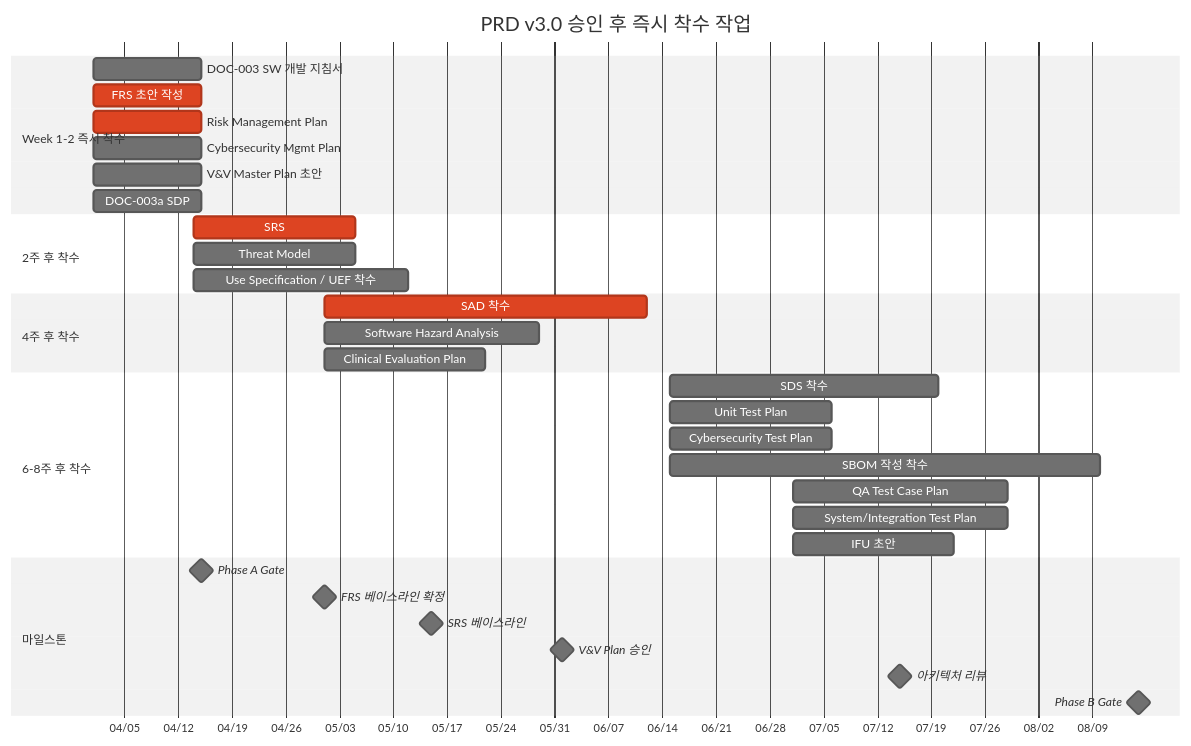
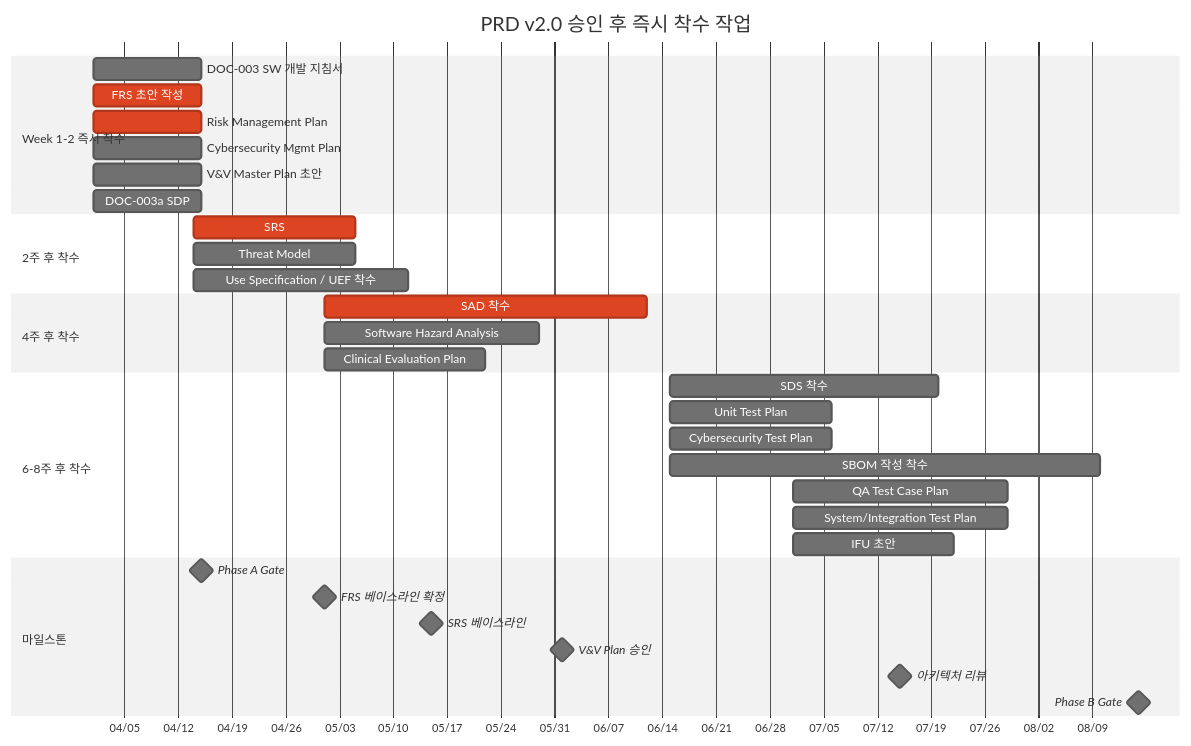
One commit to holee9/console-gui changed the fifth of 9 diagrams in docs/management/DMP-001_DMP_v1.0.md. Above: the diagram before and after it, drawn with Mermaid (neutral theme). The commit also changed other lines of this file and 11 other files, not shown here.

````diff
--- a/docs/management/DMP-001_DMP_v1.0.md
+++ b/docs/management/DMP-001_DMP_v1.0.md
@@ -664,42 +664,42 @@
 ```mermaid
 gantt
-    title PRD v3.0 승인 후 즉시 착수 작업
+    title PRD v2.0 승인 후 즉시 착수 작업
     dateFormat  YYYY-MM-DD
     axisFormat  %m/%d
 
     section Week 1-2 즉시 착수
     DOC-003 SW 개발 지침서             :a1, 2026-04-01, 2w
     FRS 초안 작성            :crit, n1, 2026-04-01, 2w
     Risk Management Plan     :crit, n2, 2026-04-01, 2w
     Cybersecurity Mgmt Plan  :n3, 2026-04-01, 2w
     V&V Master Plan 초안     :n4, 2026-04-01, 2w
     DOC-003a SDP                       :a2, 2026-04-01, 2w
 
     section 2주 후 착수
     SRS       :crit, n5, 2026-04-14, 3w
     Threat Model             :n6, 2026-04-14, 3w
     Use Specification / UEF 착수       :n7, 2026-04-14, 4w
 
     section 4주 후 착수
     SAD 착수                 :crit, n8, 2026-05-01, 6w
     Software Hazard Analysis :n9, 2026-05-01, 4w
     Clinical Evaluation Plan :n10, 2026-05-01, 3w
 
     section 6-8주 후 착수
     SDS 착수                 :n11, 2026-06-15, 5w
     Unit Test Plan           :n12, 2026-06-15, 3w
     Cybersecurity Test Plan  :n13, 2026-06-15, 3w
     SBOM 작성 착수           :n14, 2026-06-15, 8w
     QA Test Case Plan        :n15, 2026-07-01, 4w
     System/Integration Test Plan       :n16, 2026-07-01, 4w
     IFU 초안                 :n17, 2026-07-01, 3w
 
     section 마일스톤
     Phase A Gate                       :milestone, mga, 2026-04-15, 0d
     FRS 베이스라인 확정                :milestone, m1, 2026-05-01, 0d
     SRS 베이스라인                :milestone, m2, 2026-05-15, 0d
     V&V Plan 승인                      :milestone, m3, 2026-06-01, 0d
     아키텍처 리뷰                 :milestone, m4, 2026-07-15, 0d
     Phase B Gate                       :milestone, mgb, 2026-08-15, 0d
 
 ```
````
